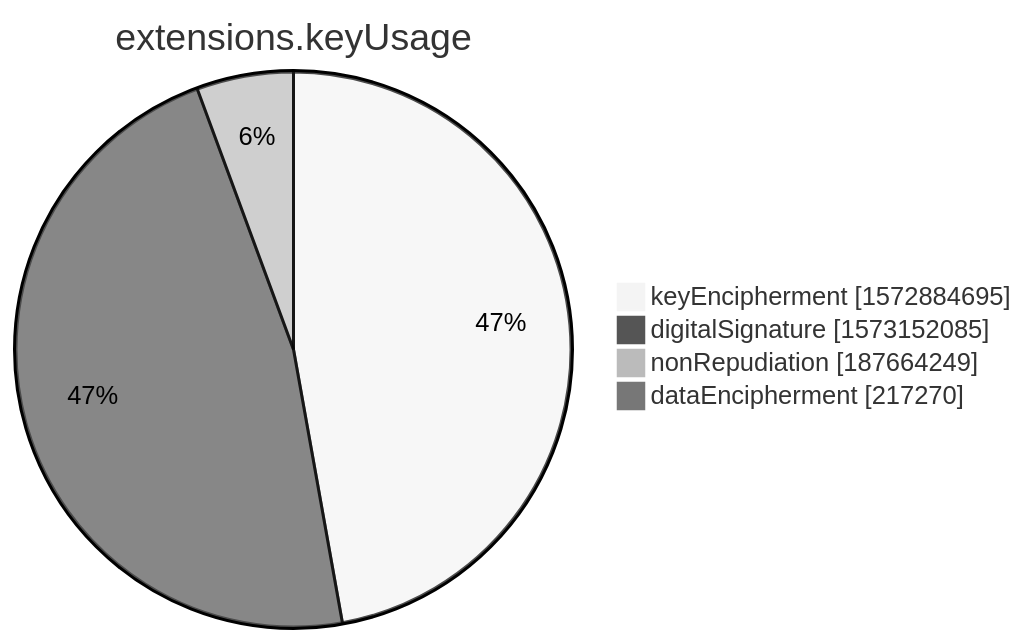
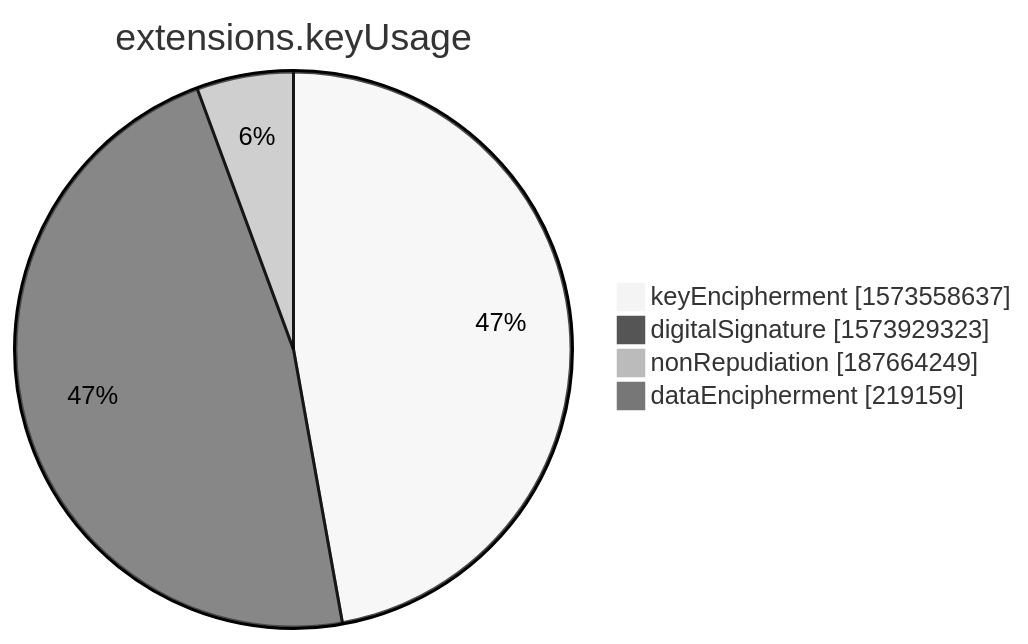
One commit to christiankrug/ctmonitor_visualization changed the seventh of 15 diagrams in xenon2022/README.md. Above: the diagram before and after it, drawn with Mermaid (neutral theme). The commit also changed other lines of this file, not shown here.

````diff
--- a/xenon2022/README.md
+++ b/xenon2022/README.md
@@ -2853,8 +2853,8 @@
 ```mermaid
 pie showData
 title extensions.keyUsage
-"keyEncipherment" :1572884695
-"digitalSignature" :1573152085
+"keyEncipherment" :1573558637
+"digitalSignature" :1573929323
 "nonRepudiation" :187664249
-"dataEncipherment" :217270
+"dataEncipherment" :219159
 ```
````
